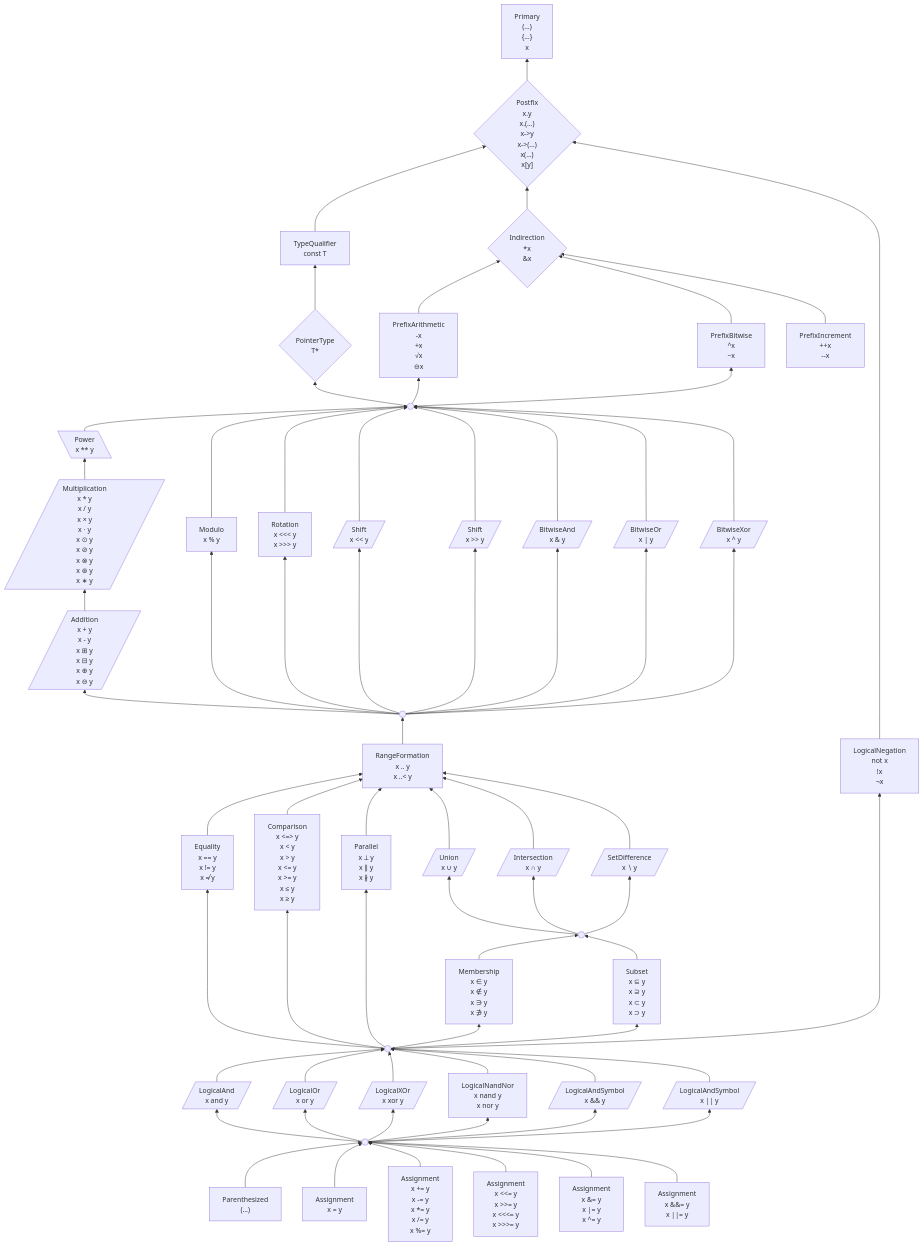
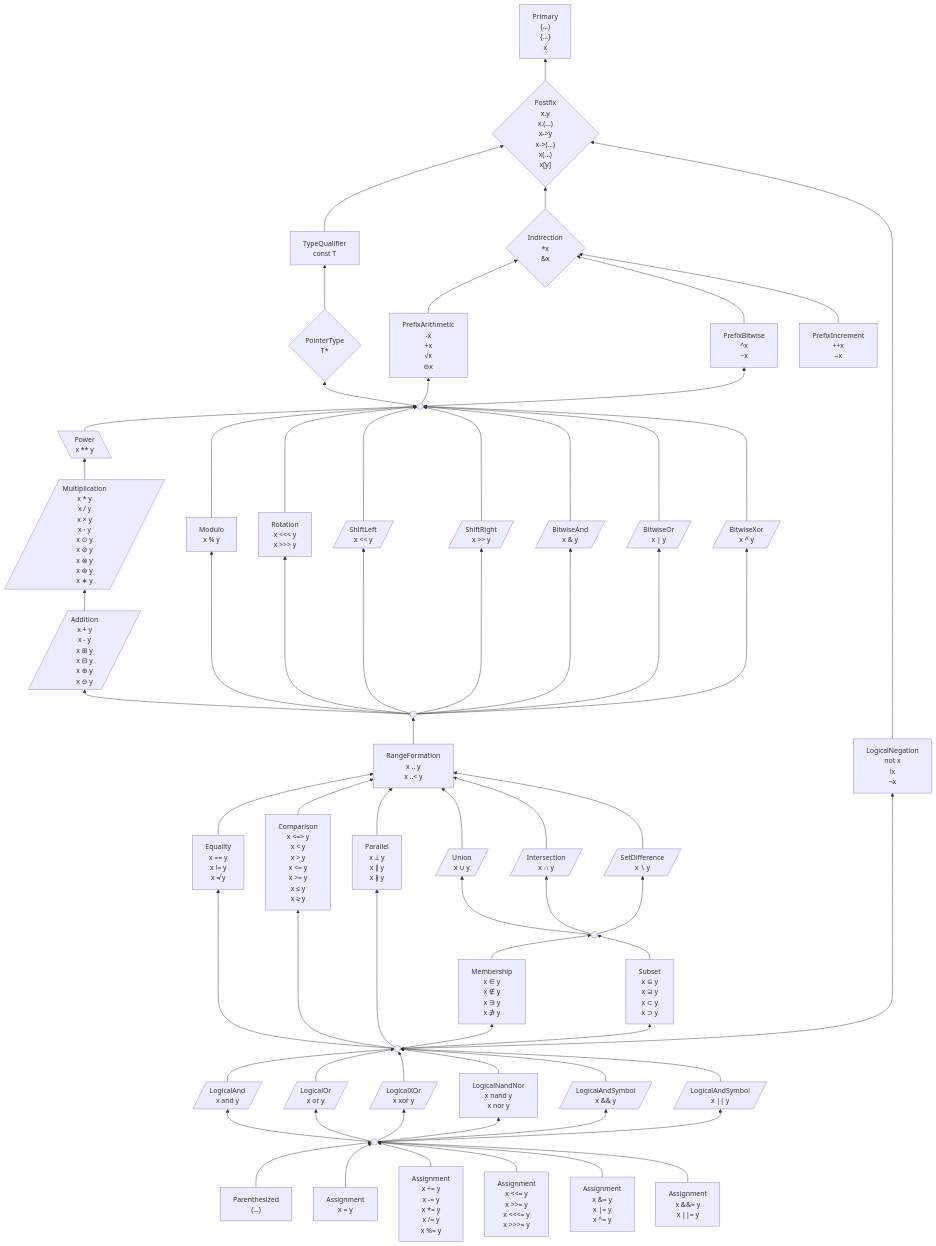
The first of 2 diagrams in 6 .../2 Unfinished Ideas.md (laro/Cilia), drawn with Mermaid before and after one commit.

Commit message:
Update 2 Unfinished Ideas.md

```diff
--- a/6 .../2 Unfinished Ideas.md
+++ b/6 .../2 Unfinished Ideas.md
@@ -267,9 +267,9 @@
     rotate["Rotation
 x <<< y
 x >>> y"]
-    shiftLeft[/"Shift
+    shiftLeft[/"ShiftLeft
 x << y"/]
-    shiftRight[/"Shift
+    shiftRight[/"ShiftRight
 x >> y"/]
     bitwiseAnd[/"BitwiseAnd
 x & y"/]
```
